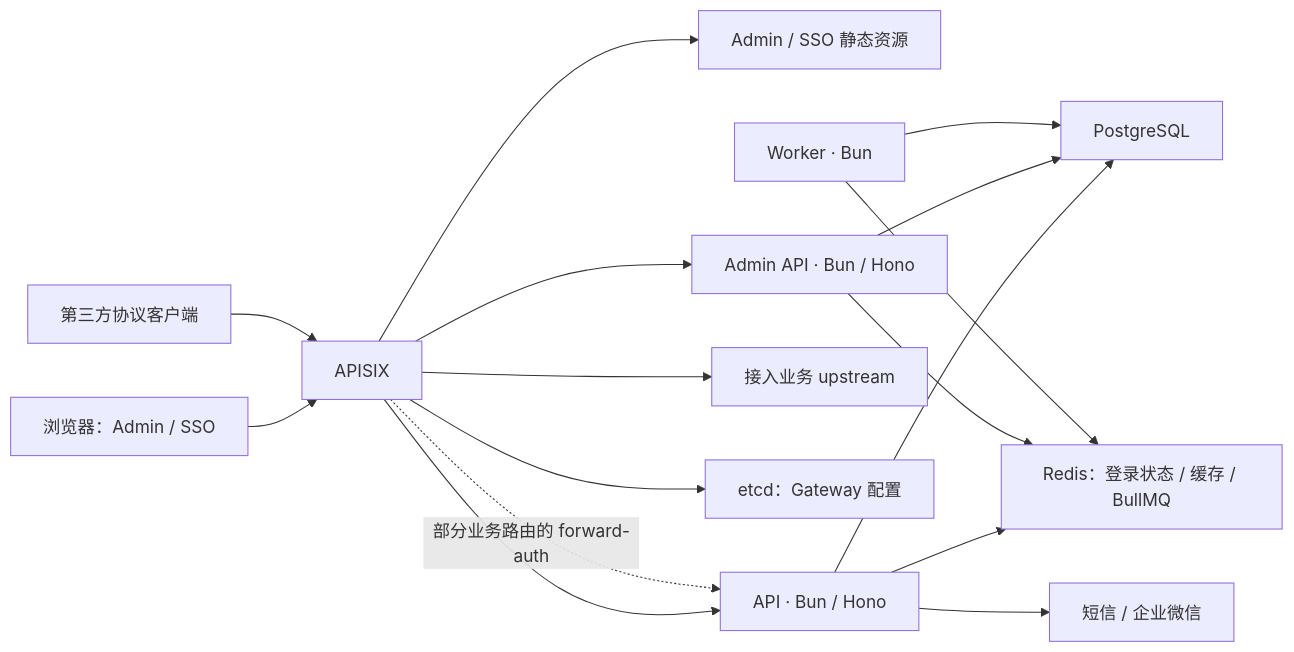
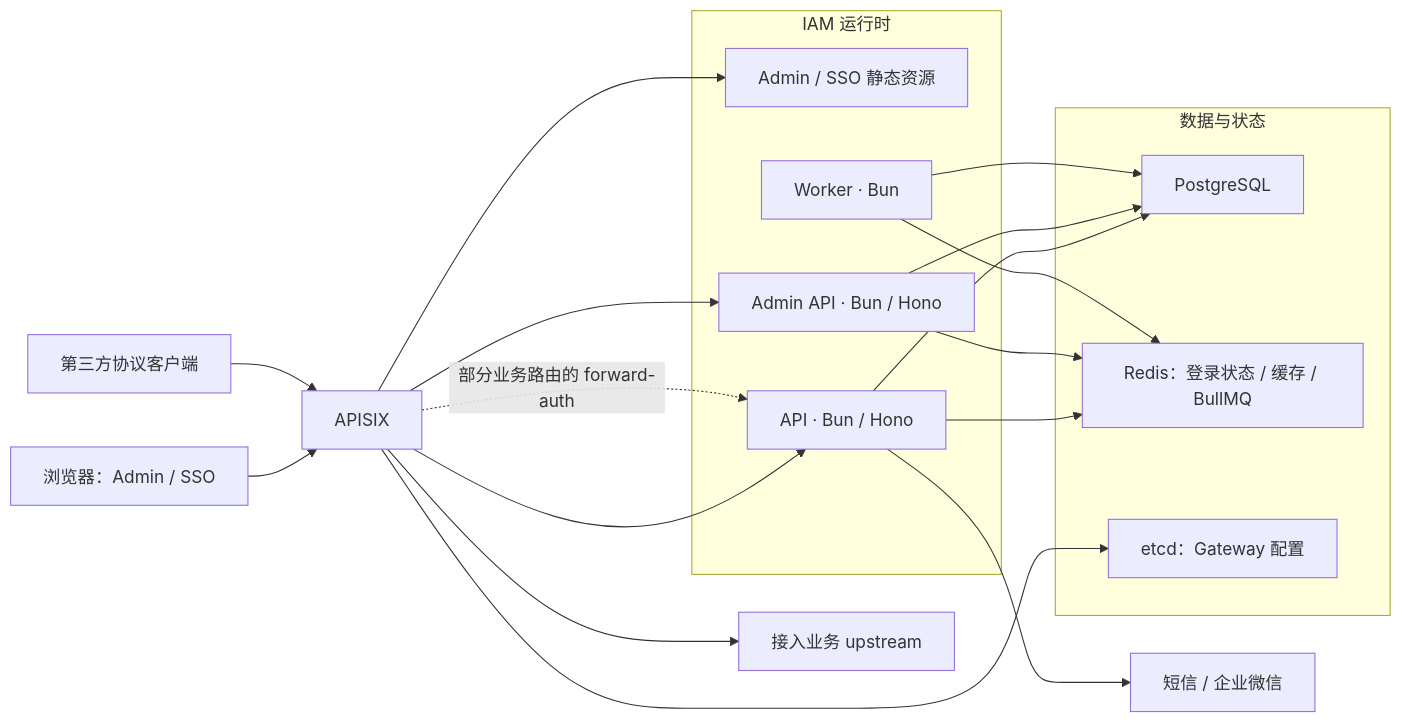
The diagram in docs/architecture/system-architecture.md (cyy1998/shgas-iam), drawn with Mermaid before and after one commit. The commit also changed other lines of this file, not shown here.

Commit message:
docs: improve system architecture readability

````diff
--- a/docs/architecture/system-architecture.md
+++ b/docs/architecture/system-architecture.md
@@ -9,18 +19,32 @@
 ```mermaid
 flowchart LR
   browser["浏览器：Admin / SSO"] --> gateway["APISIX"]
   client["第三方协议客户端"] --> gateway
-  gateway --> web["Admin / SSO 静态资源"]
-  gateway --> api["API · Bun / Hono"]
-  gateway --> admin["Admin API · Bun / Hono"]
+
+  subgraph iam["IAM 运行时"]
+    web["Admin / SSO 静态资源"]
+    api["API · Bun / Hono"]
+    admin["Admin API · Bun / Hono"]
+    worker["Worker · Bun"]
+  end
+
+  subgraph storage["数据与状态"]
+    pg["PostgreSQL"]
+    redis["Redis：登录状态 / 缓存 / BullMQ"]
+    etcd["etcd：Gateway 配置"]
+  end
+
+  gateway --> web
+  gateway --> api
+  gateway --> admin
   gateway --> business["接入业务 upstream"]
   gateway -. "部分业务路由的 forward-auth" .-> api
-  gateway --> etcd["etcd：Gateway 配置"]
-  api --> pg["PostgreSQL"]
+  gateway --> etcd
+  api --> pg
   admin --> pg
-  worker["Worker · Bun"] --> pg
-  api --> redis["Redis：登录状态 / 缓存 / BullMQ"]
+  worker --> pg
+  api --> redis
   admin --> redis
   worker --> redis
   api --> integrations["短信 / 企业微信"]
 ```
````
